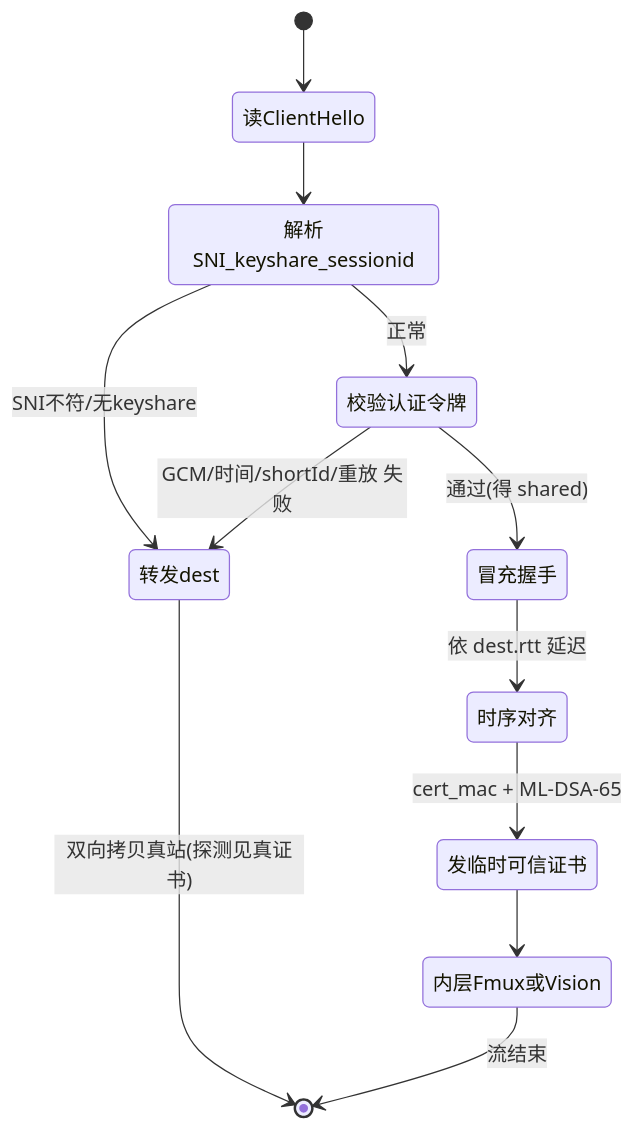
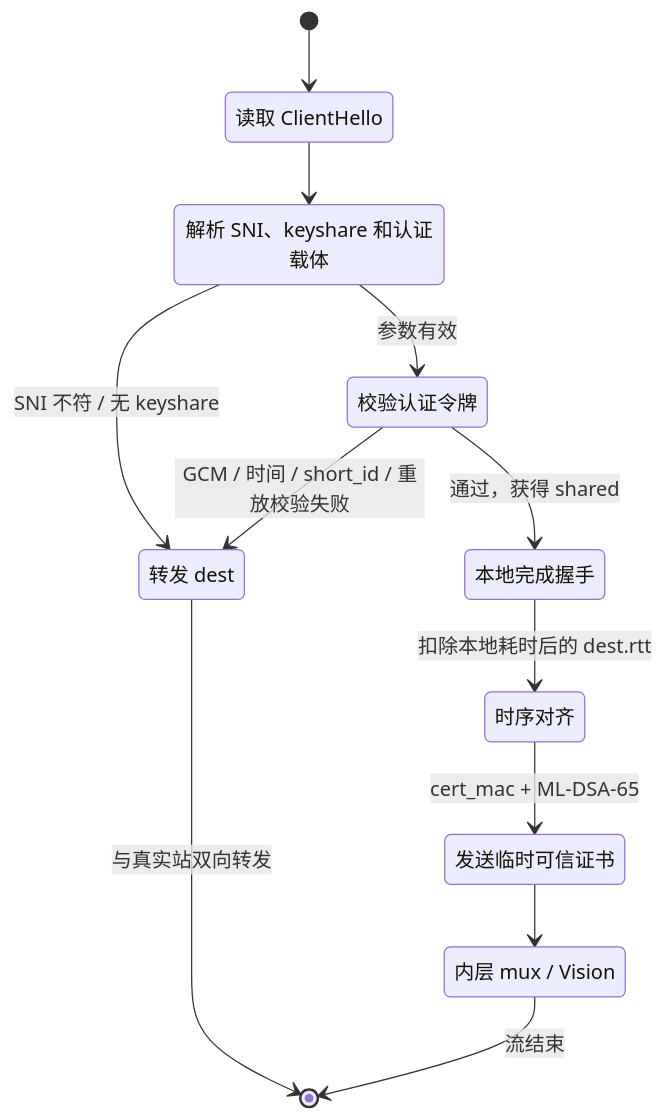
One commit to lotosli/umbra changed the second of 3 diagrams in docs/protocol-design.md. Above: the diagram before and after it, drawn with Mermaid. The commit also changed other lines of this file and 92 other files, not shown here.

````diff
--- a/docs/protocol-design.md
+++ b/docs/protocol-design.md
@@ -688,14 +699,22 @@
 ```mermaid
 stateDiagram-v2
-    [*] --> 读ClientHello
-    读ClientHello --> 解析SNI_keyshare_sessionid
-    解析SNI_keyshare_sessionid --> 转发dest: SNI不符/无keyshare
-    解析SNI_keyshare_sessionid --> 校验认证令牌: 正常
-    校验认证令牌 --> 转发dest: GCM/时间/shortId/重放 失败
-    校验认证令牌 --> 冒充握手: 通过(得 shared)
-    冒充握手 --> 时序对齐: 依 dest.rtt 延迟
-    时序对齐 --> 发临时可信证书: cert_mac + ML-DSA-65
-    发临时可信证书 --> 内层Fmux或Vision
-    内层Fmux或Vision --> [*]: 流结束
-    转发dest --> [*]: 双向拷贝真站(探测见真证书)
+    state "读取 ClientHello" as Read
+    state "解析 SNI、keyshare 和认证载体" as Parse
+    state "校验认证令牌" as Verify
+    state "转发 dest" as Forward
+    state "本地完成握手" as Handshake
+    state "时序对齐" as Timing
+    state "发送临时可信证书" as Certificate
+    state "内层 mux / Vision" as Inner
+    [*] --> Read
+    Read --> Parse
+    Parse --> Forward: SNI 不符 / 无 keyshare
+    Parse --> Verify: 参数有效
+    Verify --> Forward: GCM / 时间 / short_id / 重放校验失败
+    Verify --> Handshake: 通过，获得 shared
+    Handshake --> Timing: 扣除本地耗时后的 dest.rtt
+    Timing --> Certificate: cert_mac + ML-DSA-65
+    Certificate --> Inner
+    Inner --> [*]: 流结束
+    Forward --> [*]: 与真实站双向转发
 ```
````
